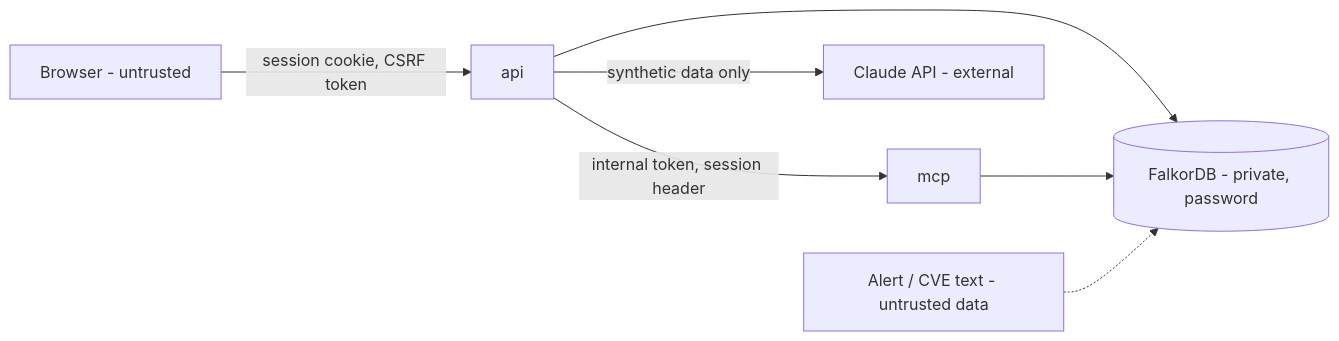
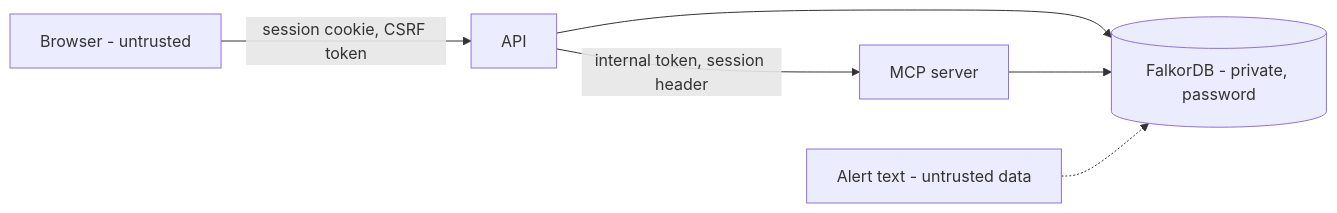
One commit to YashSoni998265/interdict changed the fourth of 4 diagrams in solution.md. Above: the diagram before and after it, drawn with Mermaid. The commit also changed other lines of this file and 1 other file, not shown here.

````diff
--- a/solution.md
+++ b/solution.md
@@ -1415,9 +929,8 @@
 ```mermaid
 flowchart LR
-    U[Browser - untrusted] -->|session cookie, CSRF token| A[api]
-    A -->|internal token, session header| M[mcp]
+    U[Browser - untrusted] -->|session cookie, CSRF token| A[API]
+    A -->|internal token, session header| M[MCP server]
     A --> F[(FalkorDB - private, password)]
     M --> F
-    A -->|synthetic data only| L[Claude API - external]
-    D[Alert / CVE text - untrusted data] -.-> F
+    D[Alert text - untrusted data] -.-> F
 ```
````
